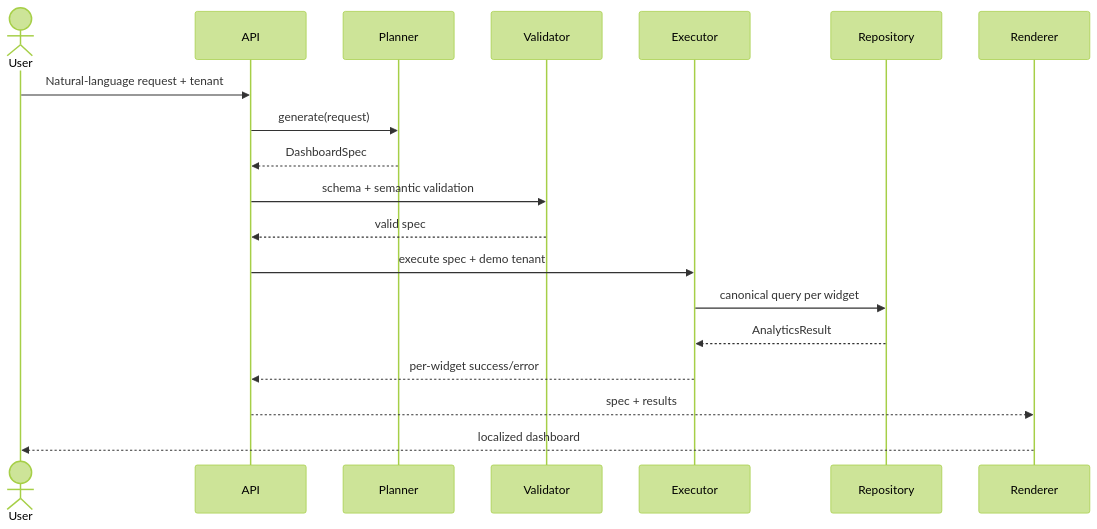
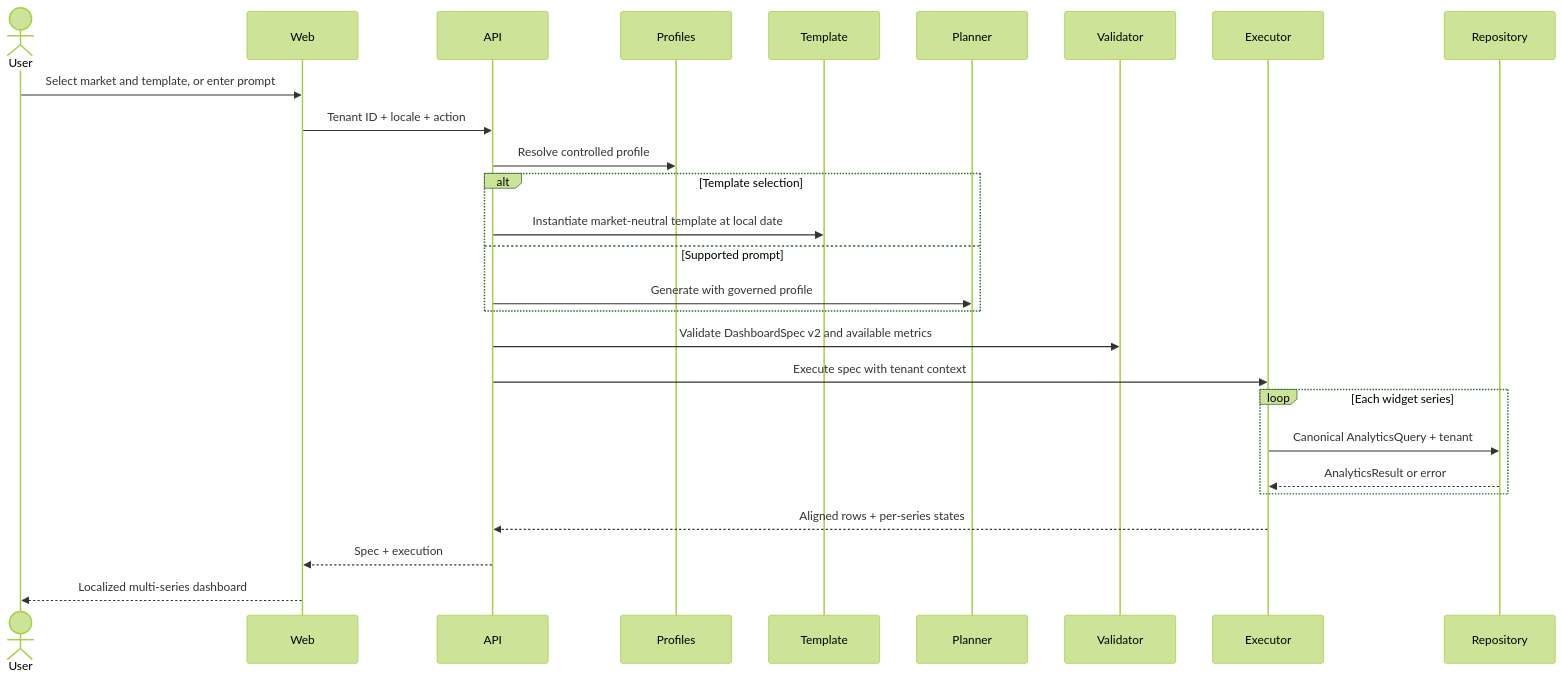
The third of 5 diagrams in docs/architecture/diagrams.md (hazemyoussif/el-dabboos-analytics), drawn with Mermaid (forest theme) before and after one commit. The commit also changed other lines of this file and 15 other files, not shown here.

Commit message:
docs(architecture): record market, template and v2 decisions

````diff
--- a/docs/architecture/diagrams.md
+++ b/docs/architecture/diagrams.md
@@ -39,21 +39,29 @@
 ```mermaid
 sequenceDiagram
   actor User
+  participant Web
   participant API
+  participant Profiles
+  participant Template
   participant Planner
   participant Validator
   participant Executor
   participant Repository
-  participant Renderer
-  User->>API: Natural-language request + tenant
-  API->>Planner: generate(request)
-  Planner-->>API: DashboardSpec
-  API->>Validator: schema + semantic validation
-  Validator-->>API: valid spec
-  API->>Executor: execute spec + demo tenant
-  Executor->>Repository: canonical query per widget
-  Repository-->>Executor: AnalyticsResult
-  Executor-->>API: per-widget success/error
-  API-->>Renderer: spec + results
-  Renderer-->>User: localized dashboard
+  User->>Web: Select market and template, or enter prompt
+  Web->>API: Tenant ID + locale + action
+  API->>Profiles: Resolve controlled profile
+  alt Template selection
+    API->>Template: Instantiate market-neutral template at local date
+  else Supported prompt
+    API->>Planner: Generate with governed profile
+  end
+  API->>Validator: Validate DashboardSpec v2 and available metrics
+  API->>Executor: Execute spec with tenant context
+  loop Each widget series
+    Executor->>Repository: Canonical AnalyticsQuery + tenant
+    Repository-->>Executor: AnalyticsResult or error
+  end
+  Executor-->>API: Aligned rows + per-series states
+  API-->>Web: Spec + execution
+  Web-->>User: Localized multi-series dashboard
 ```
````
